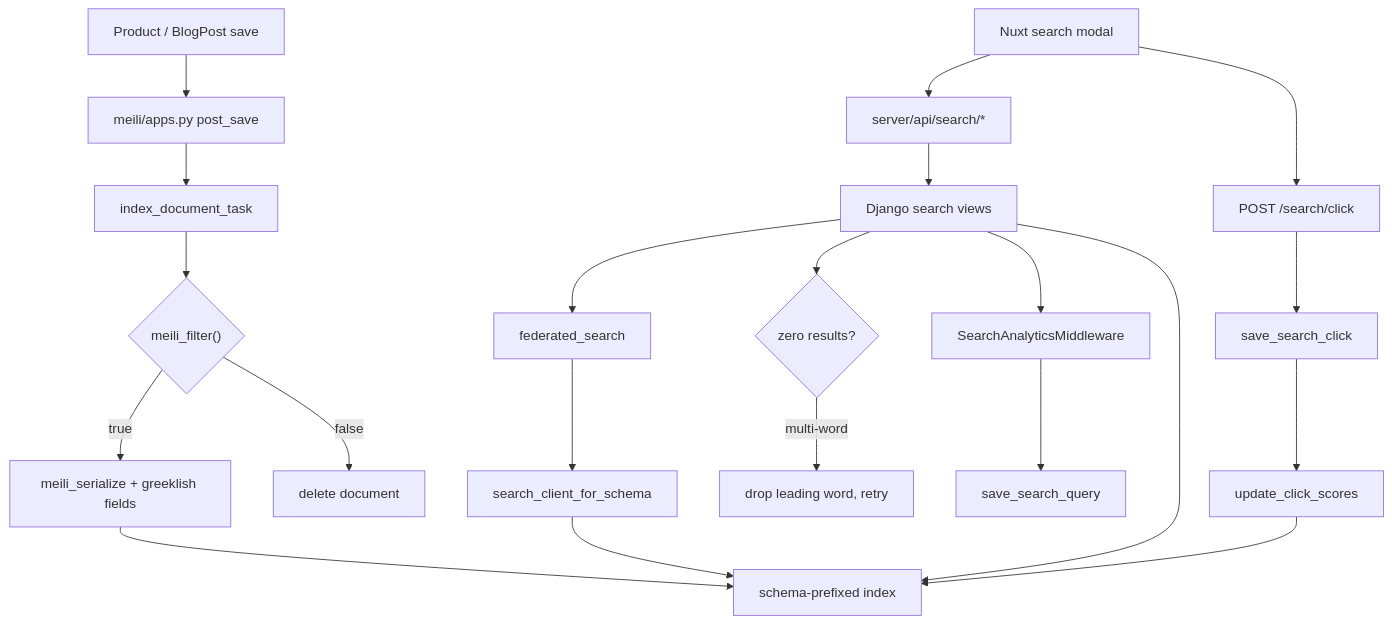
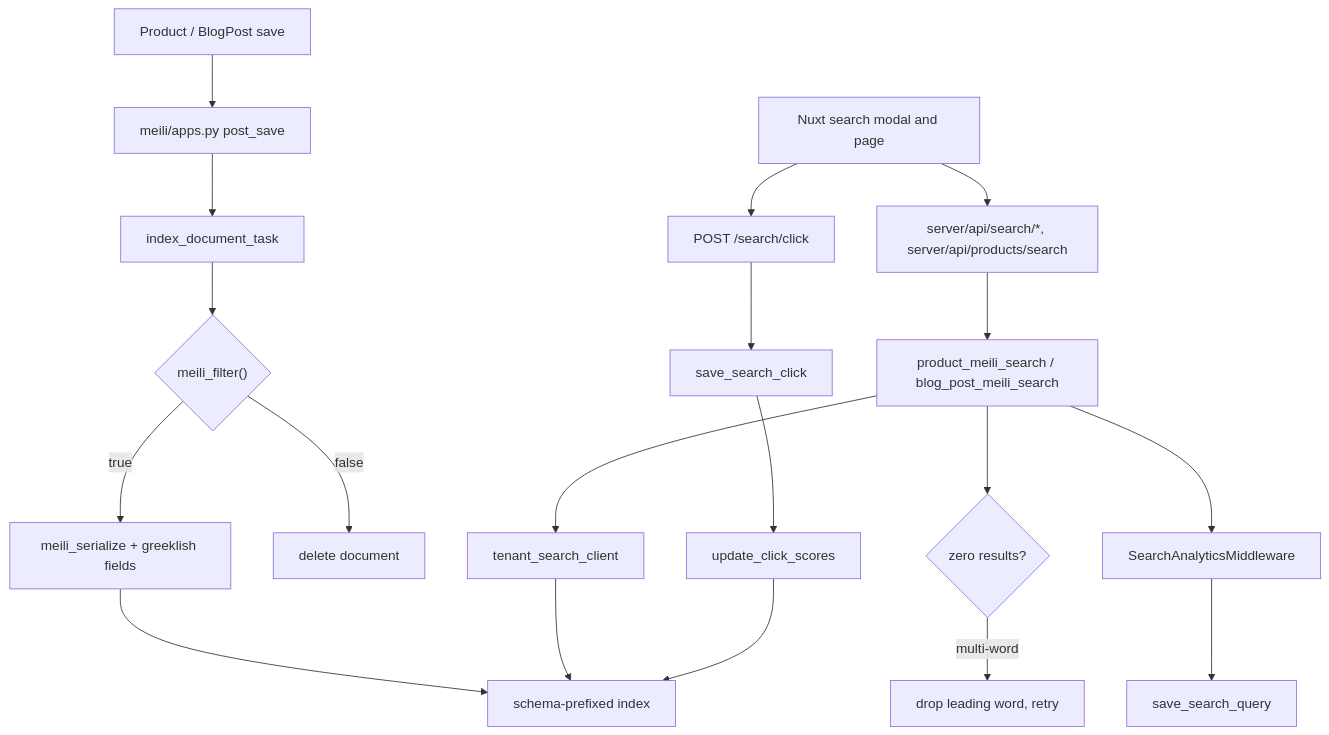
Before and after one commit to vasilistotskas/grooveshop-docs: the diagram in src/dev/flows/search.md, drawn with Mermaid. The commit also changed other lines of this file and 2 other files, not shown here.

First line of the commit message:
docs(dev): the search flow without the federated endpoint, through the tenant token (#66)

````diff
--- a/src/dev/flows/search.md
+++ b/src/dev/flows/search.md
@@ -21,24 +21,22 @@
 ```mermaid
 flowchart TD
   Save["Product / BlogPost save"] --> Sig["meili/apps.py post_save"]
   Sig --> Task["index_document_task"]
   Task --> Filt{"meili_filter()"}
   Filt -- "true" --> Ser["meili_serialize + greeklish fields"]
   Filt -- "false" --> Del["delete document"]
   Ser --> Idx["schema-prefixed index"]
 
-  UI["Nuxt search modal"] --> NR["server/api/search/*"]
-  NR --> DV["Django search views"]
-  DV --> Fed["federated_search"]
-  Fed --> Scoped["search_client_for_schema"]
+  UI["Nuxt search modal and page"] --> NR["server/api/search/*, server/api/products/search"]
+  NR --> DV["product_meili_search / blog_post_meili_search"]
+  DV --> Scoped["tenant_search_client"]
   Scoped --> Idx
-  DV --> Idx
   DV --> Retry{"zero results?"}
   Retry -- "multi-word" --> Relax["drop leading word, retry"]
   DV --> MW["SearchAnalyticsMiddleware"]
   MW --> Q["save_search_query"]
   UI --> Click["POST /search/click"]
   Click --> C["save_search_click"]
   C --> Score["update_click_scores"]
   Score --> Idx
 ```
````
